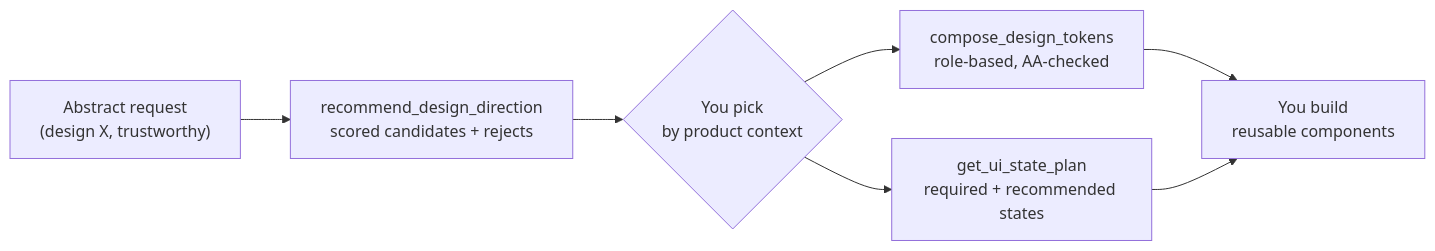
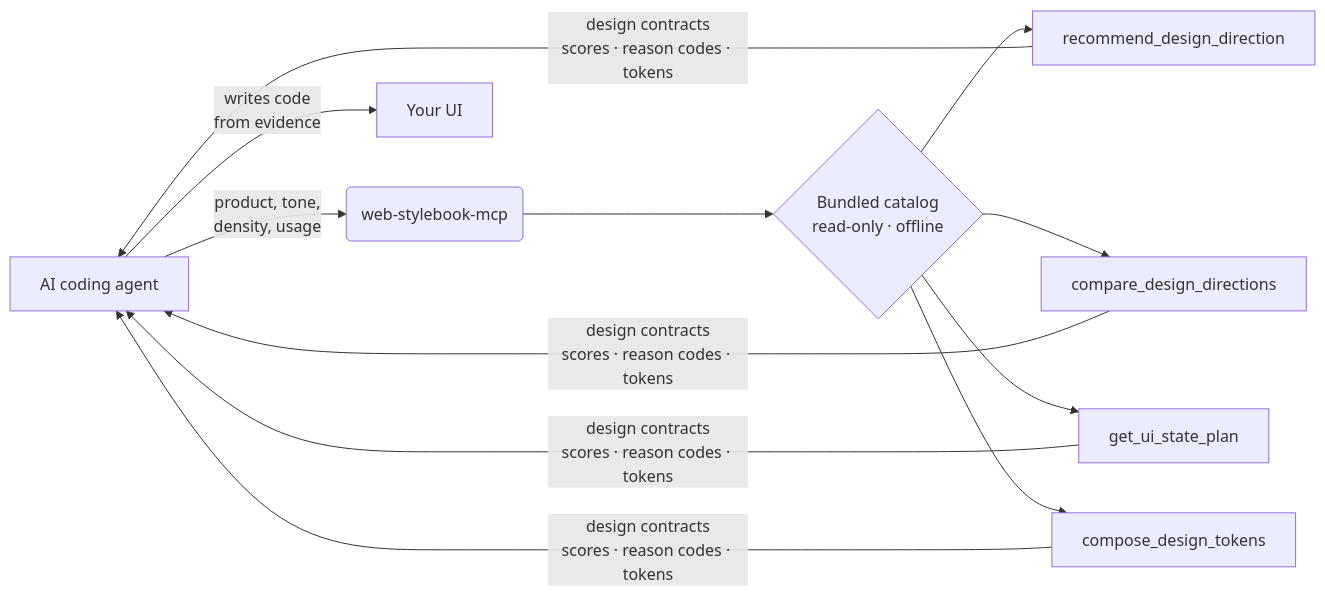
The diagram in README.md (seungdori/web-stylebook-mcp), drawn with Mermaid before and after one commit. The commit also changed other lines of this file and 1 other file, not shown here.

````diff
--- a/README.md
+++ b/README.md
@@ -45,9 +88,11 @@
 ```mermaid
 flowchart LR
-    A["Abstract request<br/>(design X, trustworthy)"] --> B["recommend_design_direction<br/>scored candidates + rejects"]
-    B --> C{"You pick<br/>by product context"}
-    C --> D["compose_design_tokens<br/>role-based, AA-checked"]
-    C --> E["get_ui_state_plan<br/>required + recommended states"]
-    D --> F["You build<br/>reusable components"]
-    E --> F
+    A[AI coding agent] -->|product, tone,<br/>density, usage| B(web-stylebook-mcp)
+    B --> C{Bundled catalog<br/>read-only · offline}
+    C --> D[recommend_design_direction]
+    C --> E[compare_design_directions]
+    C --> F[get_ui_state_plan]
+    C --> G[compose_design_tokens]
+    D & E & F & G -->|design contracts<br/>scores · reason codes · tokens| A
+    A -->|writes code<br/>from evidence| H[Your UI]
 ```
````
